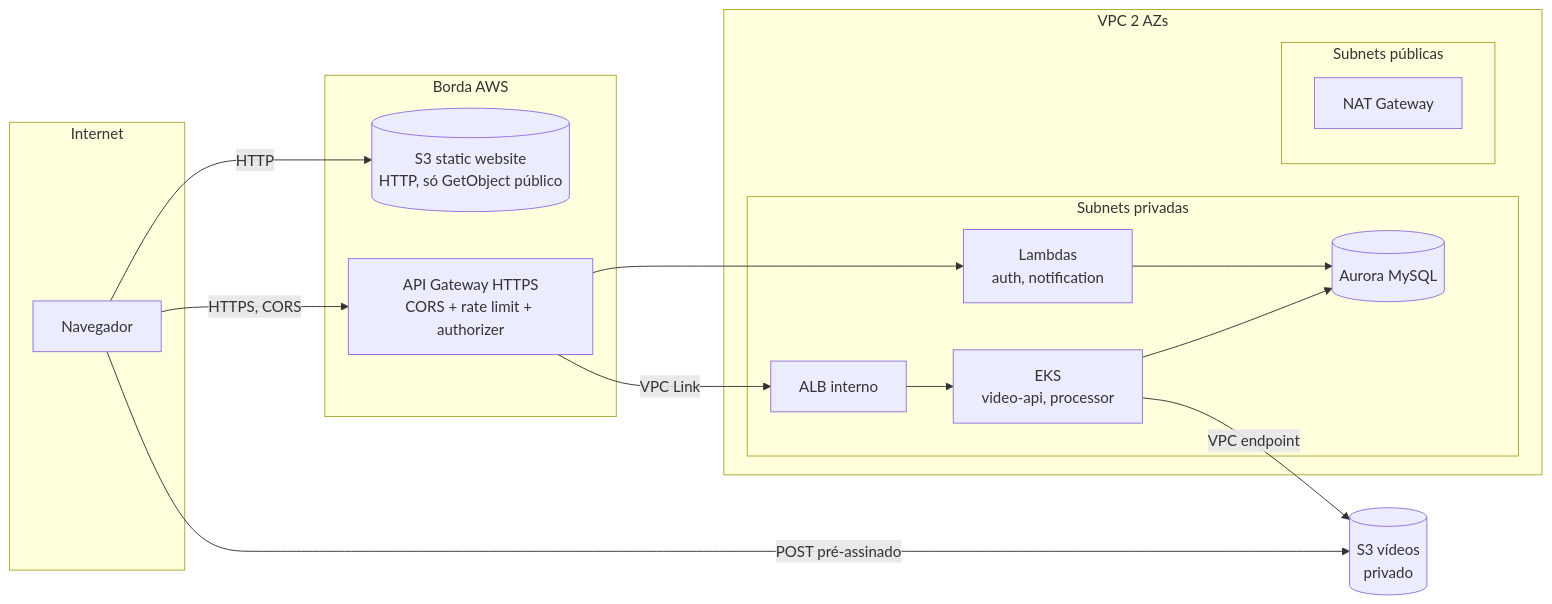
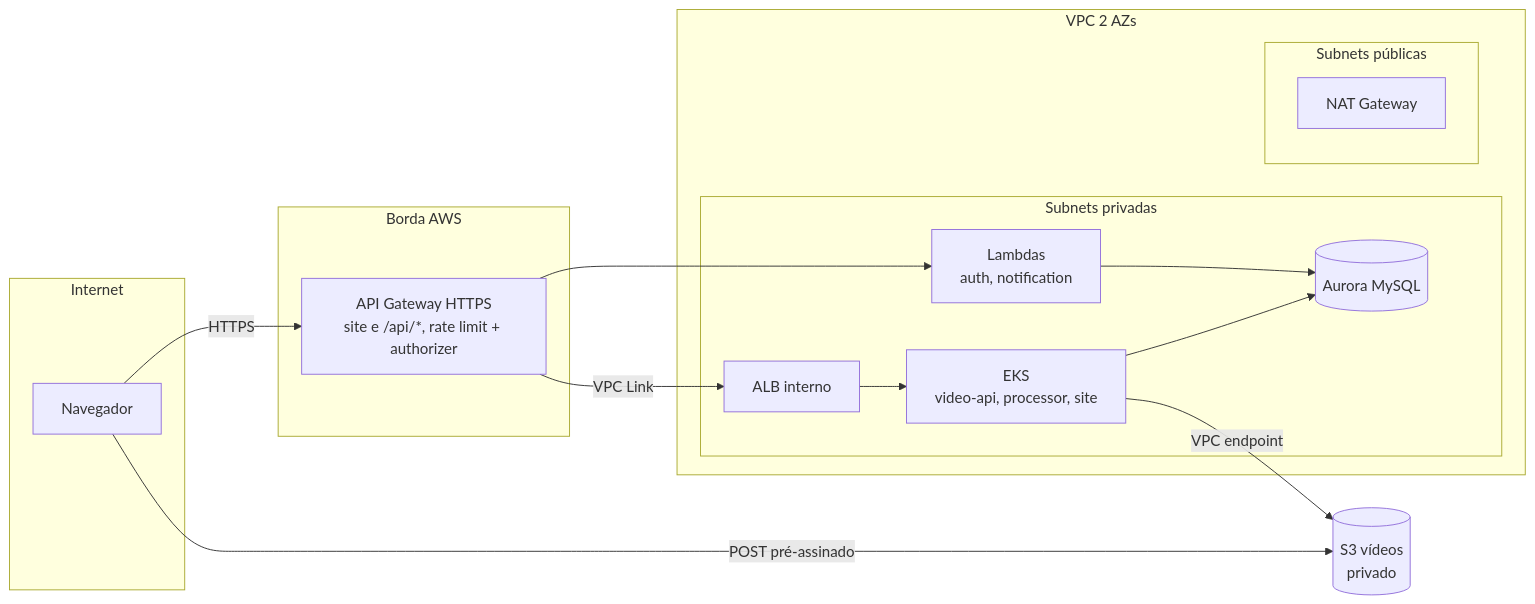
The diagram in 03-arquitetura/seguranca.md (hackathon-fiap-soat/fiapx-docs), drawn with Mermaid before and after one commit. The commit also changed other lines of this file and 35 other files, not shown here.

First line of the commit message:
docs: ADR-019 revisado após o primeiro apply (Aurora db.t3.medium e site no EKS) (#15)

````diff
--- a/03-arquitetura/seguranca.md
+++ b/03-arquitetura/seguranca.md
@@ -5,30 +5,28 @@
 ```mermaid
 flowchart LR
   subgraph Publico["Internet"]
     U["Navegador"]
   end
   subgraph Borda["Borda AWS"]
-    WEB[("S3 static website<br/>HTTP, só GetObject público")]
-    GW["API Gateway HTTPS<br/>CORS + rate limit + authorizer"]
+    GW["API Gateway HTTPS<br/>site e /api/*, rate limit + authorizer"]
   end
   subgraph VPC["VPC 2 AZs"]
     subgraph Privada["Subnets privadas"]
       ALB["ALB interno"]
-      EKS["EKS<br/>video-api, processor"]
+      EKS["EKS<br/>video-api, processor, site"]
       LBD["Lambdas<br/>auth, notification"]
       AUR[("Aurora MySQL")]
     end
     subgraph PublicaSub["Subnets públicas"]
       NAT["NAT Gateway"]
     end
   end
   S3[("S3 vídeos<br/>privado")]
 
-  U -- "HTTP" --> WEB
-  U -- "HTTPS, CORS" --> GW
+  U -- "HTTPS" --> GW
   GW -- "VPC Link" --> ALB --> EKS
   GW --> LBD
   EKS & LBD --> AUR
   U -- "POST pré-assinado" --> S3
   EKS -- "VPC endpoint" --> S3
 ```
````
